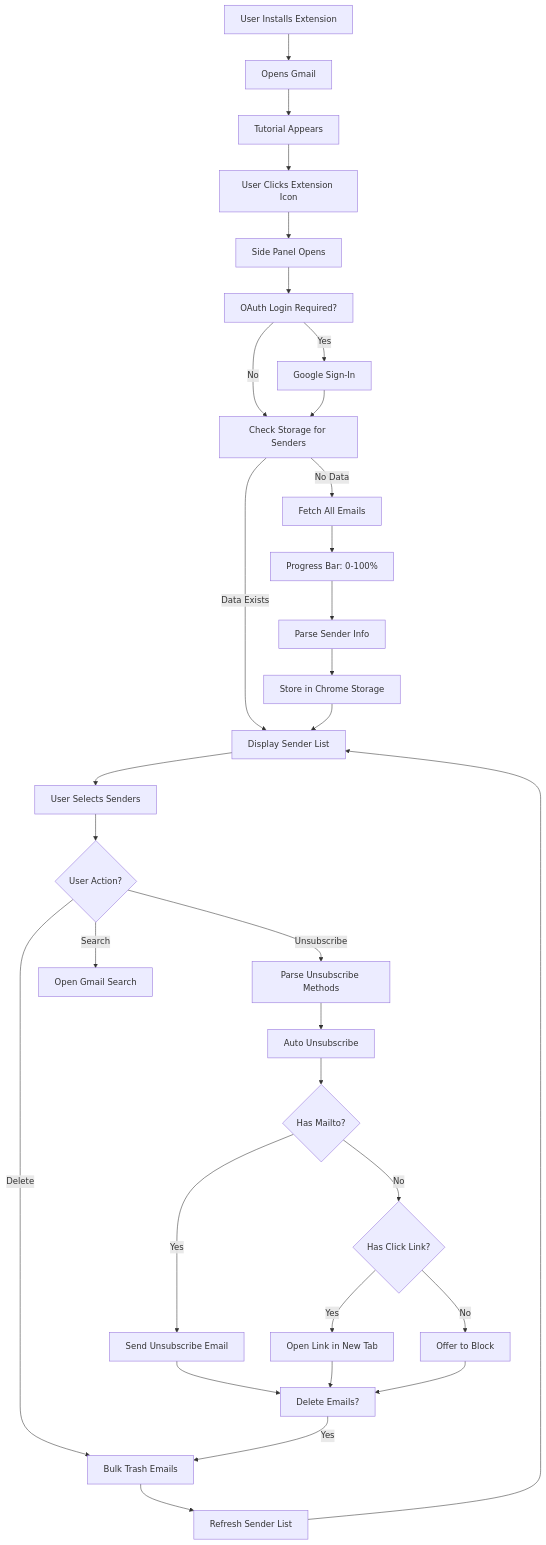
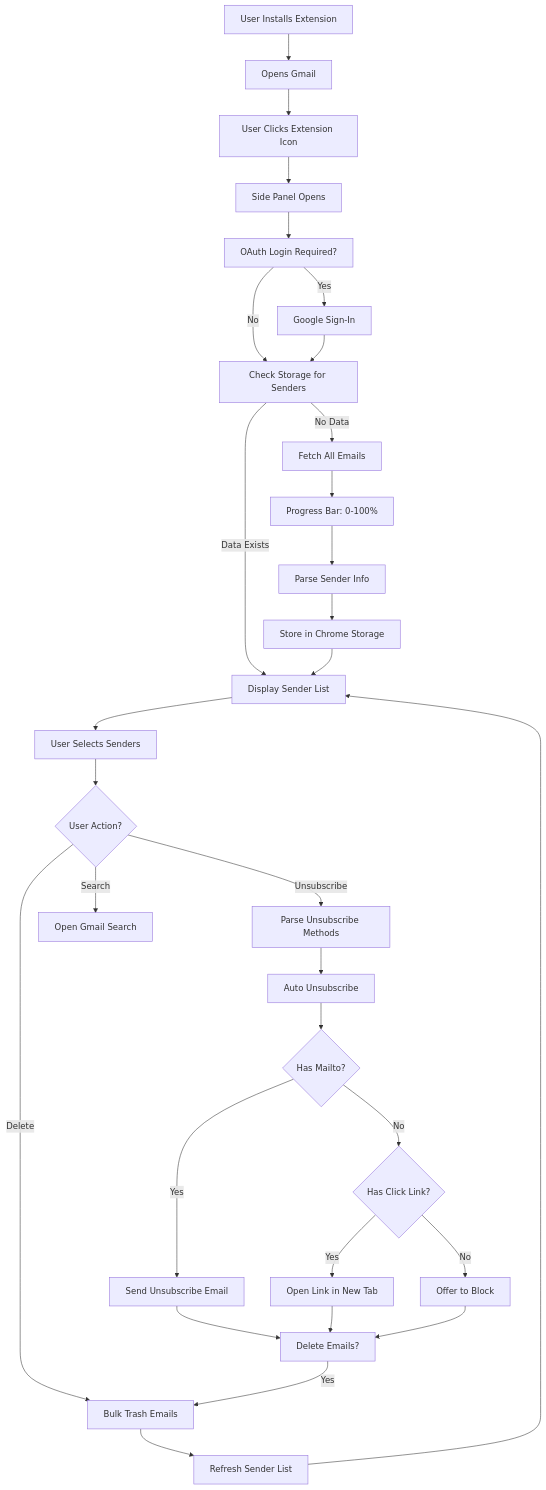
The diagram in README.md (chrisdjbaker/Mailzap), drawn with Mermaid before and after one commit. The commit also changed other lines of this file and 26 other files, not shown here.

````diff
--- a/README.md
+++ b/README.md
@@ -229,34 +228,33 @@
 ```mermaid
 graph TD
     A[User Installs Extension] --> B[Opens Gmail]
-    B --> C[Tutorial Appears]
-    C --> D[User Clicks Extension Icon]
+    B --> D[User Clicks Extension Icon]
     D --> E[Side Panel Opens]
     E --> F[OAuth Login Required?]
     F -->|Yes| G[Google Sign-In]
     F -->|No| H[Check Storage for Senders]
     G --> H
     H -->|Data Exists| I[Display Sender List]
     H -->|No Data| J[Fetch All Emails]
     J --> K[Progress Bar: 0-100%]
     K --> L[Parse Sender Info]
     L --> M[Store in Chrome Storage]
     M --> I
     I --> N[User Selects Senders]
     N --> O{User Action?}
     O -->|Unsubscribe| P[Parse Unsubscribe Methods]
     O -->|Delete| Q[Bulk Trash Emails]
     O -->|Search| R[Open Gmail Search]
     P --> S[Auto Unsubscribe]
     S --> T{Has Mailto?}
     T -->|Yes| U[Send Unsubscribe Email]
     T -->|No| V{Has Click Link?}
     V -->|Yes| W[Open Link in New Tab]
     V -->|No| X[Offer to Block]
     U --> Y[Delete Emails?]
     W --> Y
     X --> Y
     Y -->|Yes| Q
     Q --> Z[Refresh Sender List]
     Z --> I
 ```
````
